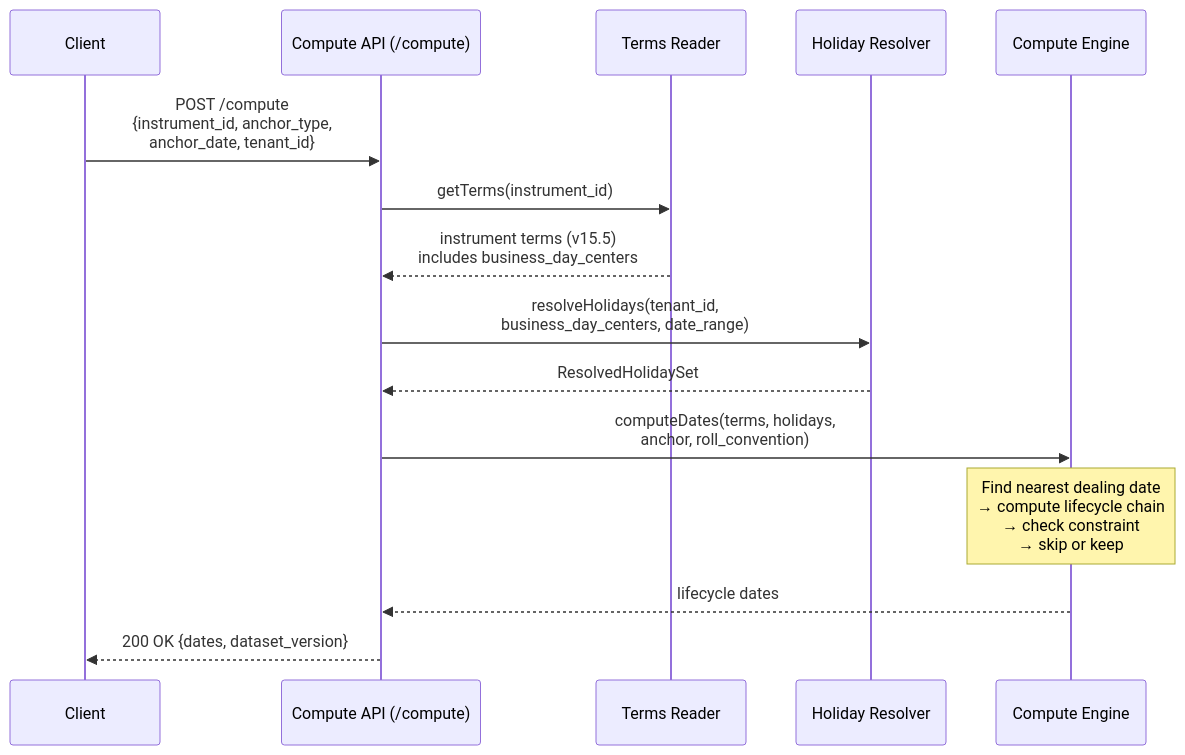
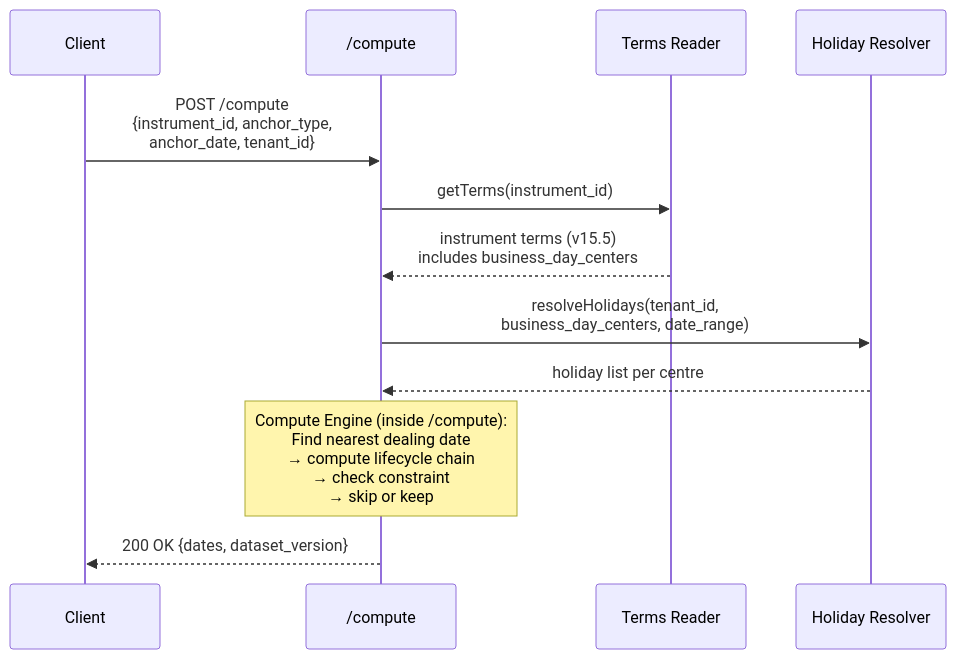
One commit to Ashu290905/OSYTE changed the second of 4 diagrams in lcs-main/docs/architecture.md. Above: the diagram before and after it, drawn with Mermaid. The commit also changed other lines of this file, not shown here.

First line of the commit message:
Holiday Resolver returns holiday list, /compute is shared entry point

````diff
--- a/lcs-main/docs/architecture.md
+++ b/lcs-main/docs/architecture.md
@@ -218,23 +212,19 @@
 ```mermaid
 sequenceDiagram
     participant Client
-    participant API as Compute API (/compute)
+    participant API as /compute
     participant TR as Terms Reader
     participant HR as Holiday Resolver
-    participant CE as Compute Engine
 
     Client->>API: POST /compute<br/>{instrument_id, anchor_type,<br/> anchor_date, tenant_id}
 
     API->>TR: getTerms(instrument_id)
     TR-->>API: instrument terms (v15.5)<br/>includes business_day_centers
 
     API->>HR: resolveHolidays(tenant_id,<br/> business_day_centers, date_range)
-    HR-->>API: ResolvedHolidaySet
+    HR-->>API: holiday list per centre
 
-    API->>CE: computeDates(terms, holidays,<br/> anchor, roll_convention)
+    Note over API: Compute Engine (inside /compute):<br/>Find nearest dealing date<br/>→ compute lifecycle chain<br/>→ check constraint<br/>→ skip or keep
 
-    Note over CE: Find nearest dealing date<br/>→ compute lifecycle chain<br/>→ check constraint<br/>→ skip or keep
-
-    CE-->>API: lifecycle dates
     API-->>Client: 200 OK {dates, dataset_version}
 ```
````
